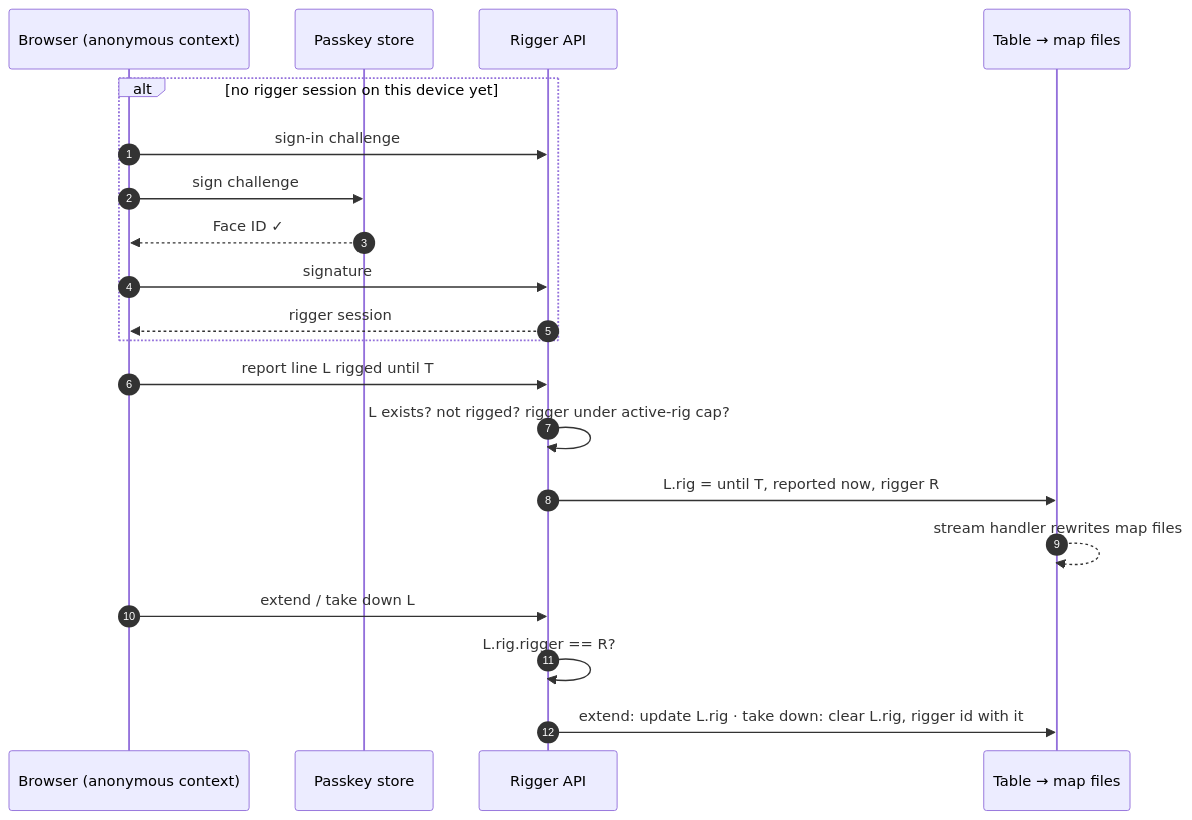
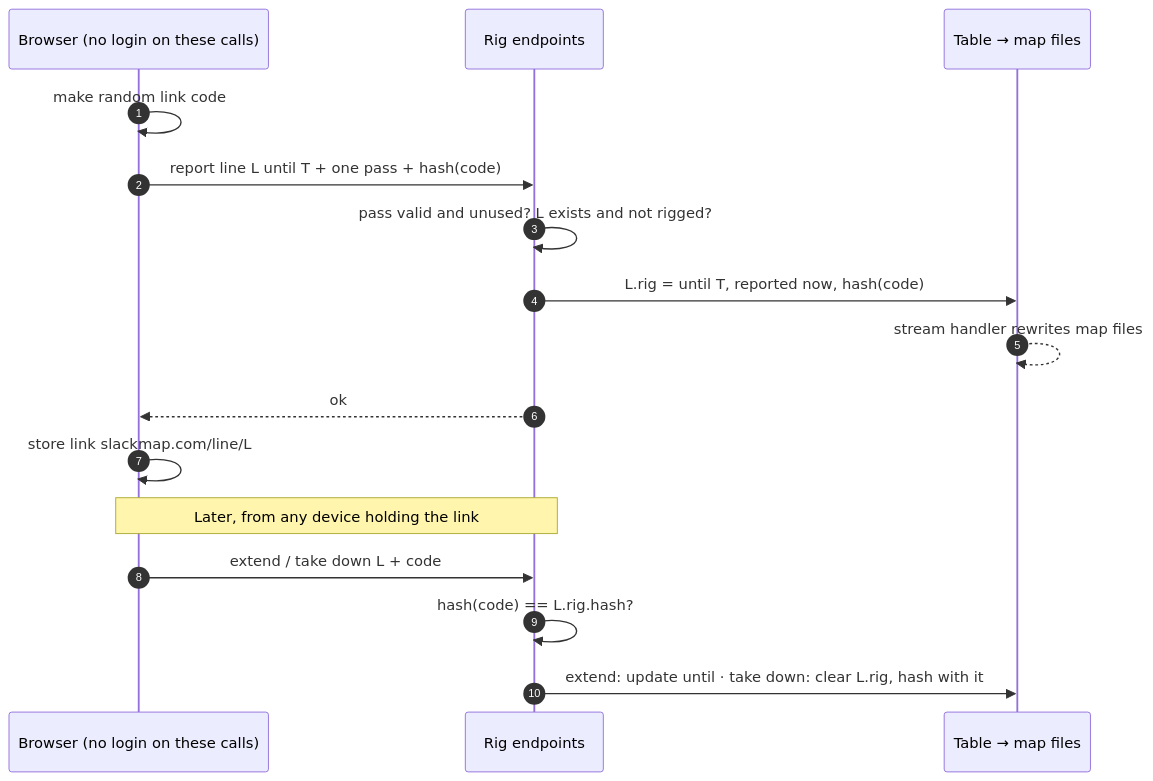
The third of 9 diagrams in specs/slackmap-live-lines/flows.md (International-Slackline-Association/isa), drawn with Mermaid before and after one commit. The commit also changed other lines of this file and 5 other files, not shown here.

Commit message:
specs/slackmap-live-lines: manage link replaces the passkey; sharing it moves a rig to another device or hands it to a crew member; code after # so it never reaches server logs; hash erased when the rig ends; rejected options listed

````diff
--- a/specs/slackmap-live-lines/flows.md
+++ b/specs/slackmap-live-lines/flows.md
@@ -93,22 +72,20 @@
 ```mermaid
 sequenceDiagram
     autonumber
-    participant B as Browser (anonymous context)
-    participant K as Passkey store
-    participant R as Rigger API
+    participant B as Browser (no login on these calls)
+    participant R as Rig endpoints
     participant T as Table → map files
-    alt no rigger session on this device yet
-        B->>R: sign-in challenge
-        B->>K: sign challenge
-        K-->>B: Face ID ✓
-        B->>R: signature
-        R-->>B: rigger session
-    end
-    B->>R: report line L rigged until T
-    R->>R: L exists? not rigged? rigger under active-rig cap?
-    R->>T: L.rig = until T, reported now, rigger R
+
+    B->>B: make random link code
+    B->>R: report line L until T + one pass + hash(code)
+    R->>R: pass valid and unused? L exists and not rigged?
+    R->>T: L.rig = until T, reported now, hash(code)
     T-->>T: stream handler rewrites map files
-    B->>R: extend / take down L
-    R->>R: L.rig.rigger == R?
-    R->>T: extend: update L.rig · take down: clear L.rig, rigger id with it
+    R-->>B: ok
+    B->>B: store link slackmap.com/line/L#manage=code
+
+    Note over B,R: Later, from any device holding the link
+    B->>R: extend / take down L + code
+    R->>R: hash(code) == L.rig.hash?
+    R->>T: extend: update until · take down: clear L.rig, hash with it
 ```
````
